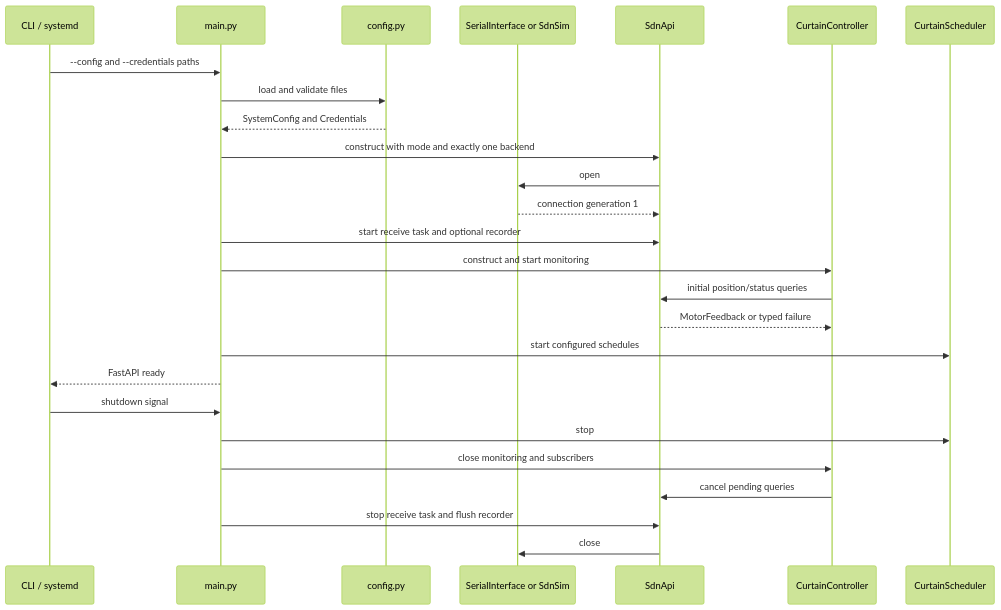
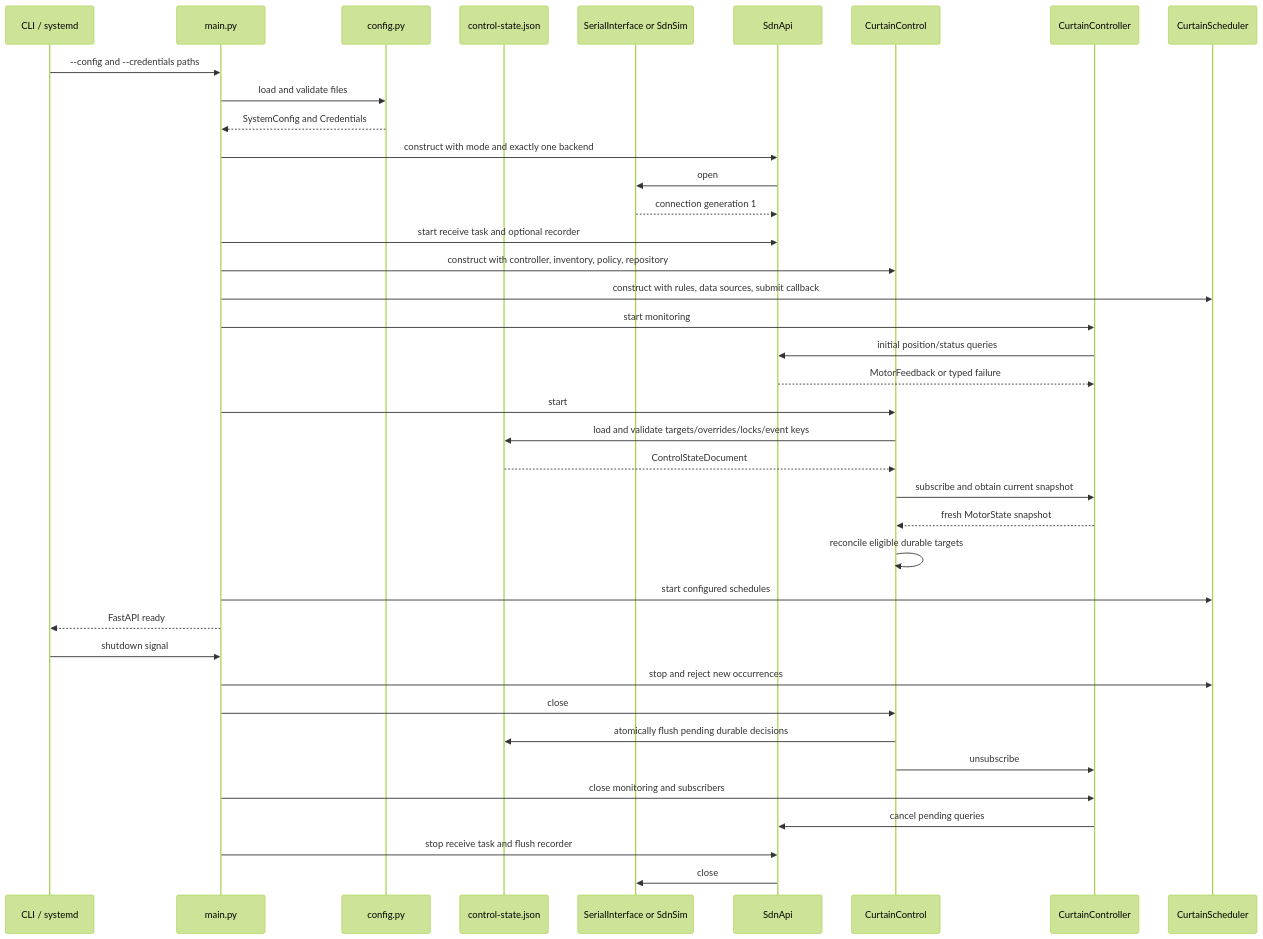
One commit to bhlarson/CurtainControl changed the tenth of 10 diagrams in curtain_control_spec.md. Above: the diagram before and after it, drawn with Mermaid (forest theme). The commit also changed other lines of this file and 3 other files, not shown here.

````diff
--- a/curtain_control_spec.md
+++ b/curtain_control_spec.md
@@ -899,30 +1312,43 @@
 ```mermaid
 sequenceDiagram
     participant OS as CLI / systemd
     participant Main as main.py
     participant Config as config.py
+    participant State as control-state.json
     participant Backend as SerialInterface or SdnSim
     participant SDN as SdnApi
+    participant Control as CurtainControl
     participant Controller as CurtainController
     participant Scheduler as CurtainScheduler
 
     OS->>Main: --config and --credentials paths
     Main->>Config: load and validate files
     Config-->>Main: SystemConfig and Credentials
     Main->>SDN: construct with mode and exactly one backend
     SDN->>Backend: open
     Backend-->>SDN: connection generation 1
     Main->>SDN: start receive task and optional recorder
-    Main->>Controller: construct and start monitoring
+    Main->>Control: construct with controller, inventory, policy, repository
+    Main->>Scheduler: construct with rules, data sources, submit callback
+    Main->>Controller: start monitoring
     Controller->>SDN: initial position/status queries
     SDN-->>Controller: MotorFeedback or typed failure
+    Main->>Control: start
+    Control->>State: load and validate targets/overrides/locks/event keys
+    State-->>Control: ControlStateDocument
+    Control->>Controller: subscribe and obtain current snapshot
+    Controller-->>Control: fresh MotorState snapshot
+    Control->>Control: reconcile eligible durable targets
     Main->>Scheduler: start configured schedules
     Main-->>OS: FastAPI ready
 
     OS->>Main: shutdown signal
-    Main->>Scheduler: stop
+    Main->>Scheduler: stop and reject new occurrences
+    Main->>Control: close
+    Control->>State: atomically flush pending durable decisions
+    Control->>Controller: unsubscribe
     Main->>Controller: close monitoring and subscribers
     Controller->>SDN: cancel pending queries
     Main->>SDN: stop receive task and flush recorder
     SDN->>Backend: close
 ```
````
